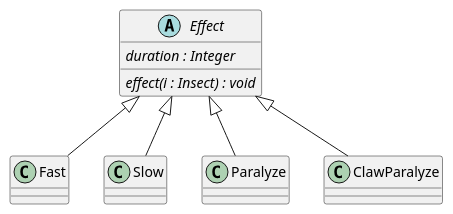
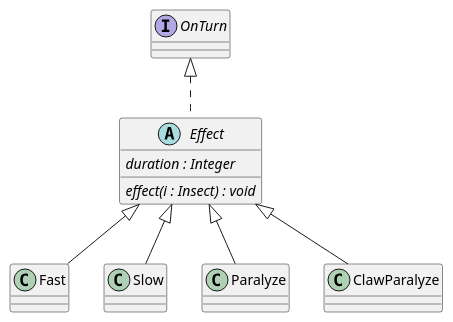
The diagram in 4/classes/effect.puml (Petya-G/fungorium), drawn with PlantUML before and after one commit. The commit also changed 10 other files, not shown here.

```diff
--- a/4/classes/effect.puml
+++ b/4/classes/effect.puml
@@ -1,13 +1,13 @@
 @startuml spore
 
-abstract class Effect {
+abstract class Effect implements OnTurn{
     {abstract} duration : Integer
     {abstract} effect(i : Insect) : void
 }
 
 class Fast extends Effect {}
 class Slow extends Effect {}
 class Paralyze extends Effect {}
 class ClawParalyze extends Effect {}
 
 @enduml
```
